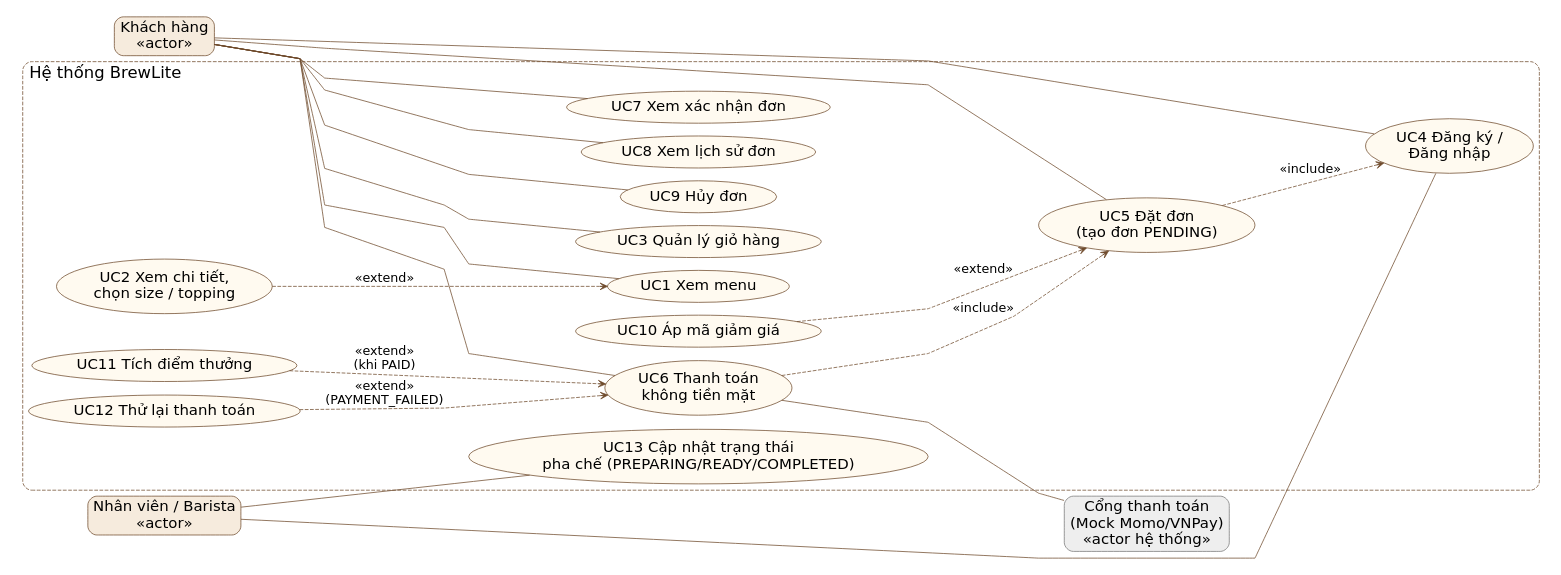
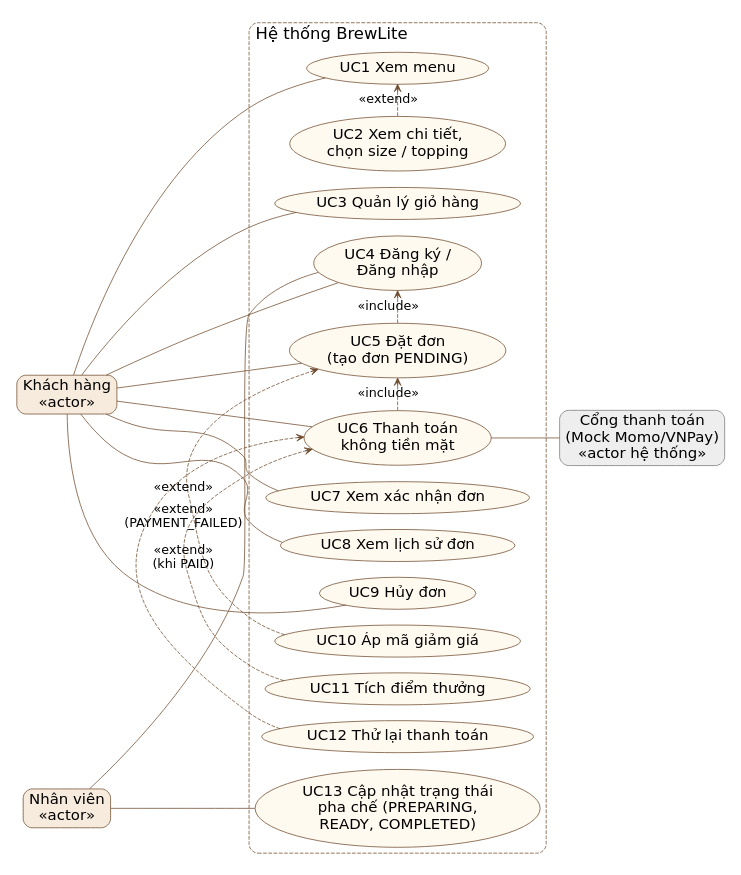
Before and after one commit to kaiqwwp/brewlite: the diagram in report/diagrams/usecase.dot, drawn with Graphviz. The commit also changed 45 other files, not shown here.

First line of the commit message:
Docs: diagrams portrait, fill report info, centered cover

```diff
--- a/report/diagrams/usecase.dot
+++ b/report/diagrams/usecase.dot
@@ -1,26 +1,27 @@
-digraph UC { graph [fontname="DejaVu Sans" fontsize=22 pad=0.2]; node [fontname="DejaVu Sans" fontsize=20]; edge [fontname="DejaVu Sans" fontsize=17 color="#6f4a2b"]; rankdir=LR; splines=polyline; nodesep=0.25; ranksep=0.9; newrank=true;
+digraph UC { graph [fontname="DejaVu Sans" fontsize=22 pad=0.2]; node [fontname="DejaVu Sans" fontsize=20]; edge [fontname="DejaVu Sans" fontsize=17 color="#6f4a2b"]; rankdir=LR; splines=true; nodesep=0.3; ranksep=0.25; newrank=true;
  node [shape=box style="filled" fillcolor="#e8f0e4" color="#5b7f4f"];
  KH [label="Khách hàng\n«actor»" shape=box style="rounded,filled" fillcolor="#f6ebdd" color="#6f4a2b"];
- NV [label="Nhân viên / Barista\n«actor»" shape=box style="rounded,filled" fillcolor="#f6ebdd" color="#6f4a2b"];
+ NV [label="Nhân viên\n«actor»" shape=box style="rounded,filled" fillcolor="#f6ebdd" color="#6f4a2b"];
  GW [label="Cổng thanh toán\n(Mock Momo/VNPay)\n«actor hệ thống»" shape=box style="rounded,filled" fillcolor="#eeeeee" color="#777777"];
  subgraph cluster_sys { label="Hệ thống BrewLite"; style="rounded,dashed"; color="#6f4a2b"; labeljust=l;
   node [shape=ellipse style=filled fillcolor="#fffaf0" color="#6f4a2b"];
   uc1 [label="UC1 Xem menu"]; uc2 [label="UC2 Xem chi tiết,\nchọn size / topping"]; uc3 [label="UC3 Quản lý giỏ hàng"];
   uc4 [label="UC4 Đăng ký /\nĐăng nhập"]; uc5 [label="UC5 Đặt đơn\n(tạo đơn PENDING)"]; uc6 [label="UC6 Thanh toán\nkhông tiền mặt"];
   uc7 [label="UC7 Xem xác nhận đơn"]; uc8 [label="UC8 Xem lịch sử đơn"]; uc9 [label="UC9 Hủy đơn"];
   uc10 [label="UC10 Áp mã giảm giá"]; uc11 [label="UC11 Tích điểm thưởng"]; uc12 [label="UC12 Thử lại thanh toán"];
-  uc13 [label="UC13 Cập nhật trạng thái\npha chế (PREPARING/READY/COMPLETED)"];
+  uc13 [label="UC13 Cập nhật trạng thái\npha chế (PREPARING,\nREADY, COMPLETED)"];
+  {rank=same; uc1; uc2; uc3; uc4; uc5; uc10; uc6; uc12; uc11; uc7; uc8; uc9; uc13}
  }
- {rank=source; KH; NV}
- {rank=sink; GW}
+ {rank=min; KH; NV}
+ {rank=max; GW}
  KH -> {uc1 uc3 uc4 uc5 uc6 uc7 uc8 uc9} [arrowhead=none];
  NV -> {uc13} [arrowhead=none];
  NV -> uc4 [arrowhead=none constraint=false];
  uc6 -> GW [arrowhead=none];
- uc2 -> uc1 [style=dashed label="«extend»" arrowhead=open];
- uc5 -> uc4 [style=dashed label="«include»" arrowhead=open];
- uc6 -> uc5 [style=dashed label="«include»" arrowhead=open];
- uc10 -> uc5 [style=dashed label="«extend»" arrowhead=open];
- uc11 -> uc6 [style=dashed label="«extend»\n(khi PAID)" arrowhead=open];
- uc12 -> uc6 [style=dashed label="«extend»\n(PAYMENT_FAILED)" arrowhead=open];
+ uc2 -> uc1 [style=dashed label="«extend»" arrowhead=open constraint=false];
+ uc5 -> uc4 [style=dashed label="«include»" arrowhead=open constraint=false];
+ uc6 -> uc5 [style=dashed label="«include»" arrowhead=open constraint=false];
+ uc10 -> uc5 [style=dashed label="«extend»" arrowhead=open constraint=false];
+ uc11 -> uc6 [style=dashed label="«extend»\n(khi PAID)" arrowhead=open constraint=false];
+ uc12 -> uc6 [style=dashed label="«extend»\n(PAYMENT_FAILED)" arrowhead=open constraint=false];
 }
```
